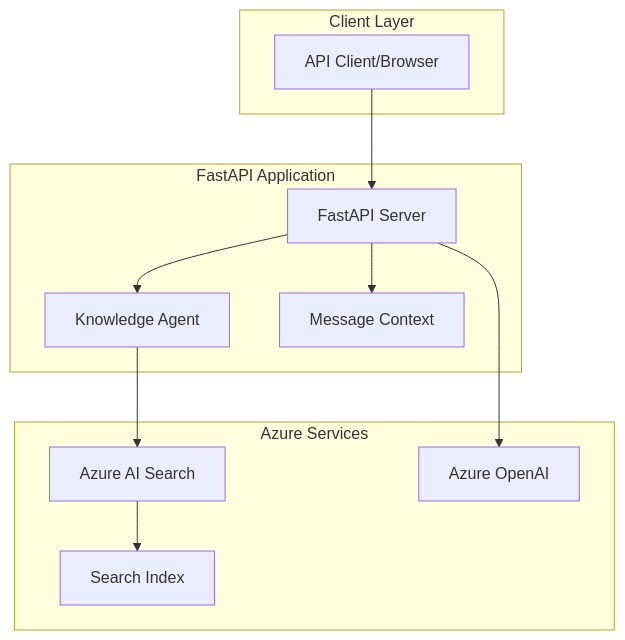
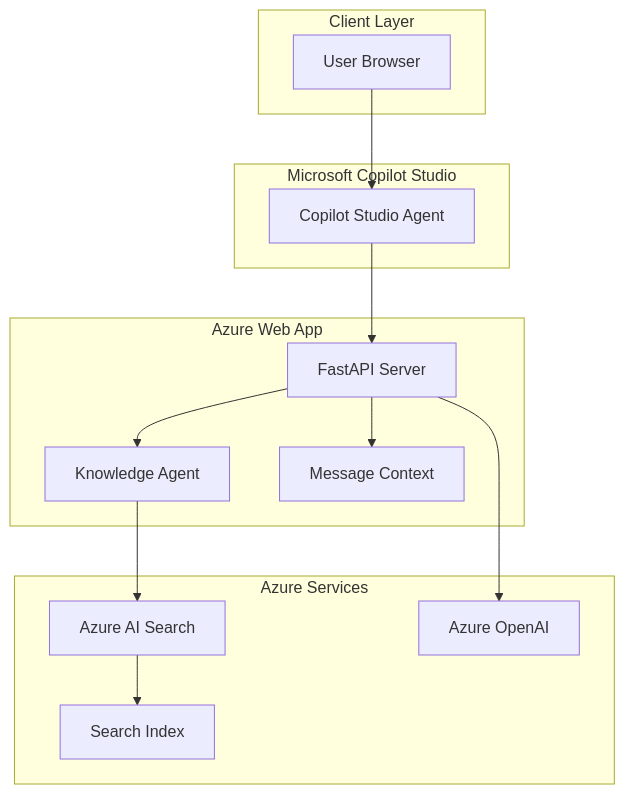
Before and after one commit to Shrusti13/mcs-agentic-retrieval-azure-search: the first of 3 diagrams in readme.md, drawn with Mermaid. The commit also changed other lines of this file and 2 other files, not shown here.

````diff
--- a/readme.md
+++ b/readme.md
@@ -16,25 +49,30 @@
 ```mermaid
 graph TB
     subgraph "Client Layer"
-        C[API Client/Browser]
+        U[User Browser]
     end
     
-    subgraph "FastAPI Application"
+    subgraph "Microsoft Copilot Studio"
+        CS[Copilot Studio Agent]
+    end
+    
+    subgraph "Azure Web App"
         API[FastAPI Server]
         KA[Knowledge Agent]
         MSG[Message Context]
     end
     
     subgraph "Azure Services"
         AS[Azure AI Search]
         AOI[Azure OpenAI]
         IDX[Search Index]
     end
     
-    C --> API
+    U --> CS
+    CS --> API
     API --> KA
     KA --> AS
     AS --> IDX
     API --> AOI
     API --> MSG
 ```
````
